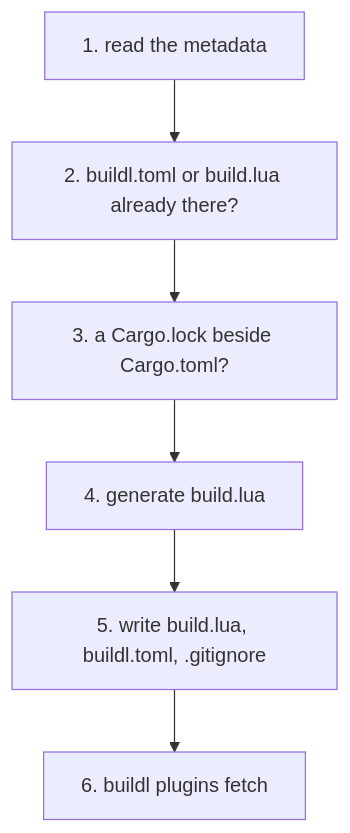
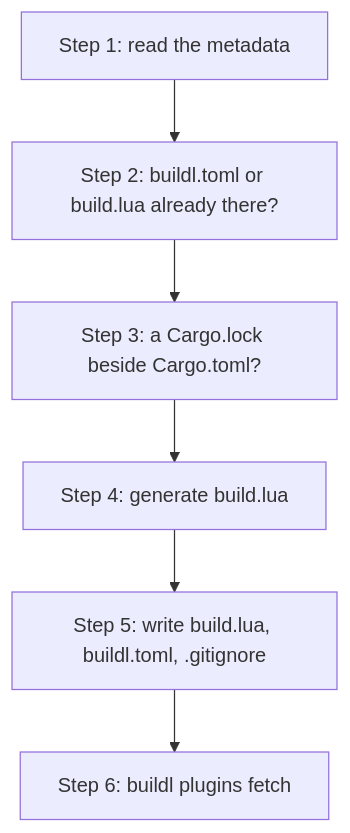
One commit to airsstack/buildl changed the diagram in book/src/ch08-06-cargo-buildl.md. Above: the diagram before and after it, drawn with Mermaid. The commit also changed 1 other file, not shown here.

Commit message:
docs(repo): keep mermaid from reading numbered labels as lists

````diff
--- a/book/src/ch08-06-cargo-buildl.md
+++ b/book/src/ch08-06-cargo-buildl.md
@@ -34,9 +34,9 @@
 ```mermaid
 %% cargo buildl init, in order
 graph TD
-    M["1. read the metadata"] --> E["2. buildl.toml or build.lua already there?"]
-    E --> L["3. a Cargo.lock beside Cargo.toml?"]
-    L --> G["4. generate build.lua"]
-    G --> W["5. write build.lua, buildl.toml, .gitignore"]
-    W --> F["6. buildl plugins fetch"]
+    M["Step 1: read the metadata"] --> E["Step 2: buildl.toml or build.lua already there?"]
+    E --> L["Step 3: a Cargo.lock beside Cargo.toml?"]
+    L --> G["Step 4: generate build.lua"]
+    G --> W["Step 5: write build.lua, buildl.toml, .gitignore"]
+    W --> F["Step 6: buildl plugins fetch"]
 ```
````
